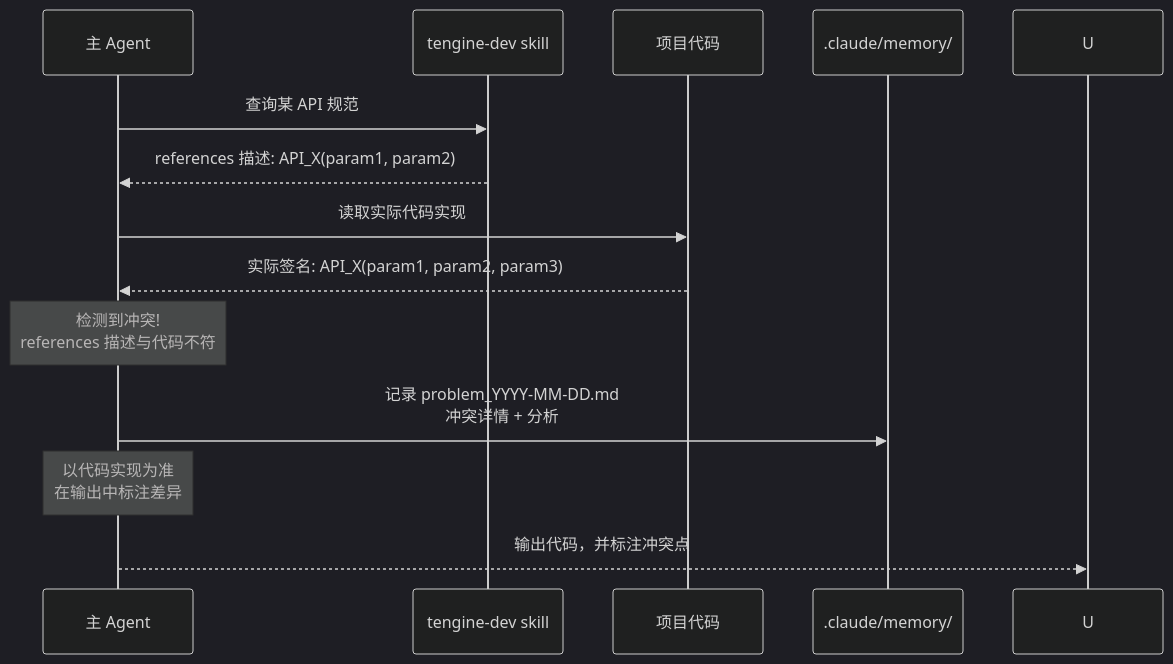
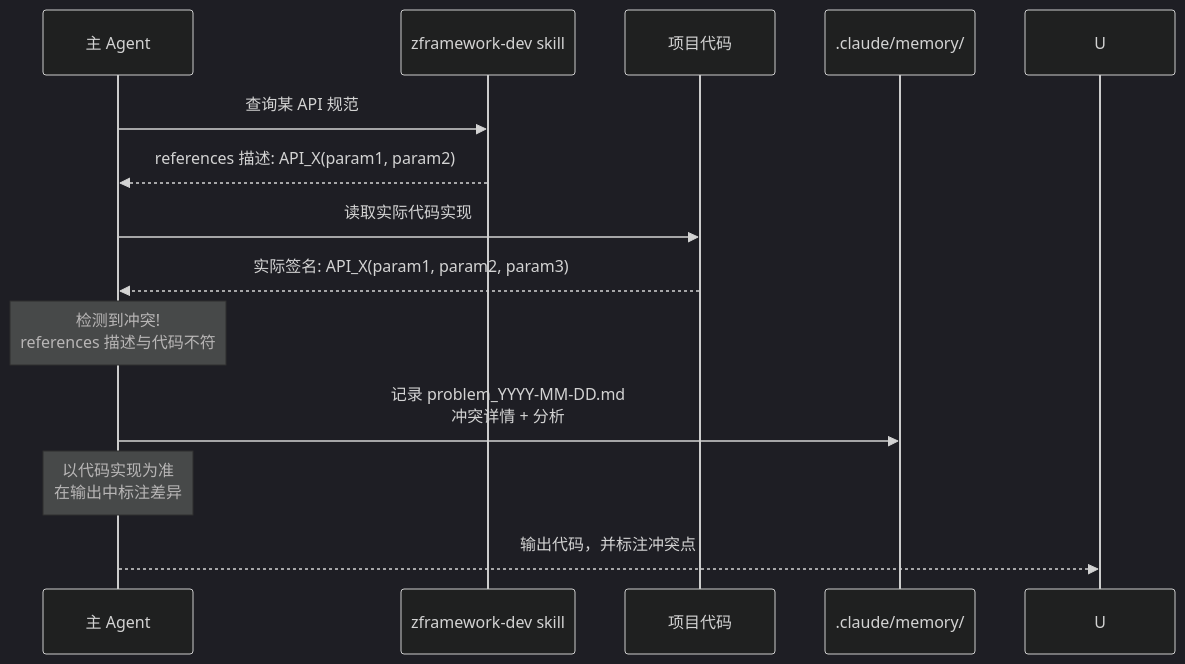
The fifth of 5 diagrams in README.md (Hubr1zz/ZFramework), drawn with Mermaid (dark theme) before and after one commit. The commit also changed other lines of this file and 1773 other files, not shown here.

````diff
--- a/README.md
+++ b/README.md
@@ -236,21 +238,21 @@
 ```mermaid
 sequenceDiagram
     participant M as 主 Agent
-    participant S as tengine-dev skill
+    participant S as zframework-dev skill
     participant Code as 项目代码
     participant Mem as .claude/memory/
 
     M->>S: 查询某 API 规范
     S-->>M: references 描述: API_X(param1, param2)
 
     M->>Code: 读取实际代码实现
     Code-->>M: 实际签名: API_X(param1, param2, param3)
 
     Note over M: 检测到冲突!<br/>references 描述与代码不符
 
     M->>Mem: 记录 problem_YYYY-MM-DD.md<br/>冲突详情 + 分析
 
     Note over M: 以代码实现为准<br/>在输出中标注差异
 
     M-->>U: 输出代码，并标注冲突点
 ```
````
